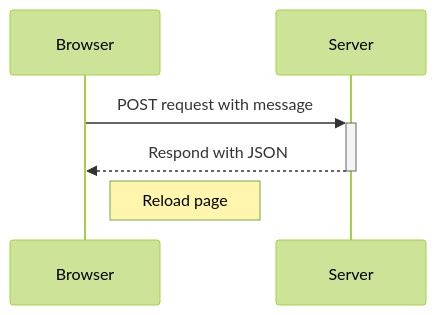
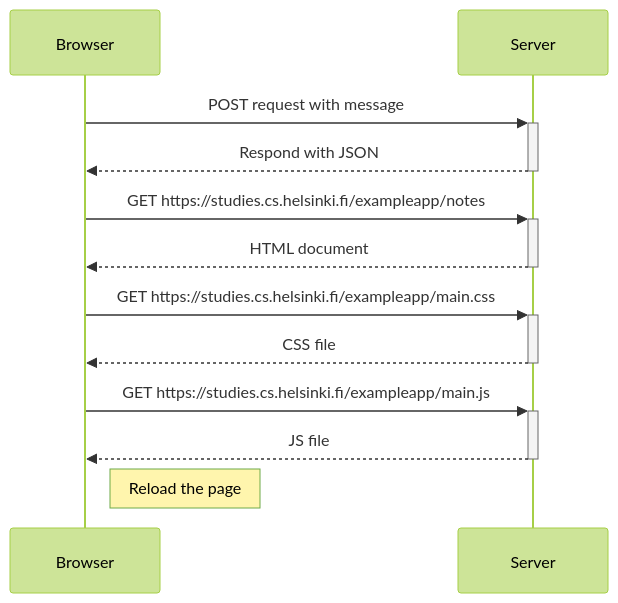
The diagram in osa0/0.4.md (Atte-Oksanen/Full_stack_open), drawn with Mermaid (forest theme) before and after one commit.

````diff
--- a/osa0/0.4.md
+++ b/osa0/0.4.md
@@ -1,9 +1,14 @@
 ```mermaid
 sequenceDiagram
 participant Browser
 participant Server
     Browser->>+Server: POST request with message
     Server-->>-Browser: Respond with JSON
-    Note right of Browser: Reload page
-    
+    Browser->>+Server: GET https://studies.cs.helsinki.fi/exampleapp/notes
+    Server-->>-Browser: HTML document
+    Browser->>+Server: GET https://studies.cs.helsinki.fi/exampleapp/main.css
+    Server-->>-Browser: CSS file
+    Browser->>+Server: GET https://studies.cs.helsinki.fi/exampleapp/main.js
+    Server-->>-Browser: JS file
+    Note right of Browser: Reload the page
 ```
````
